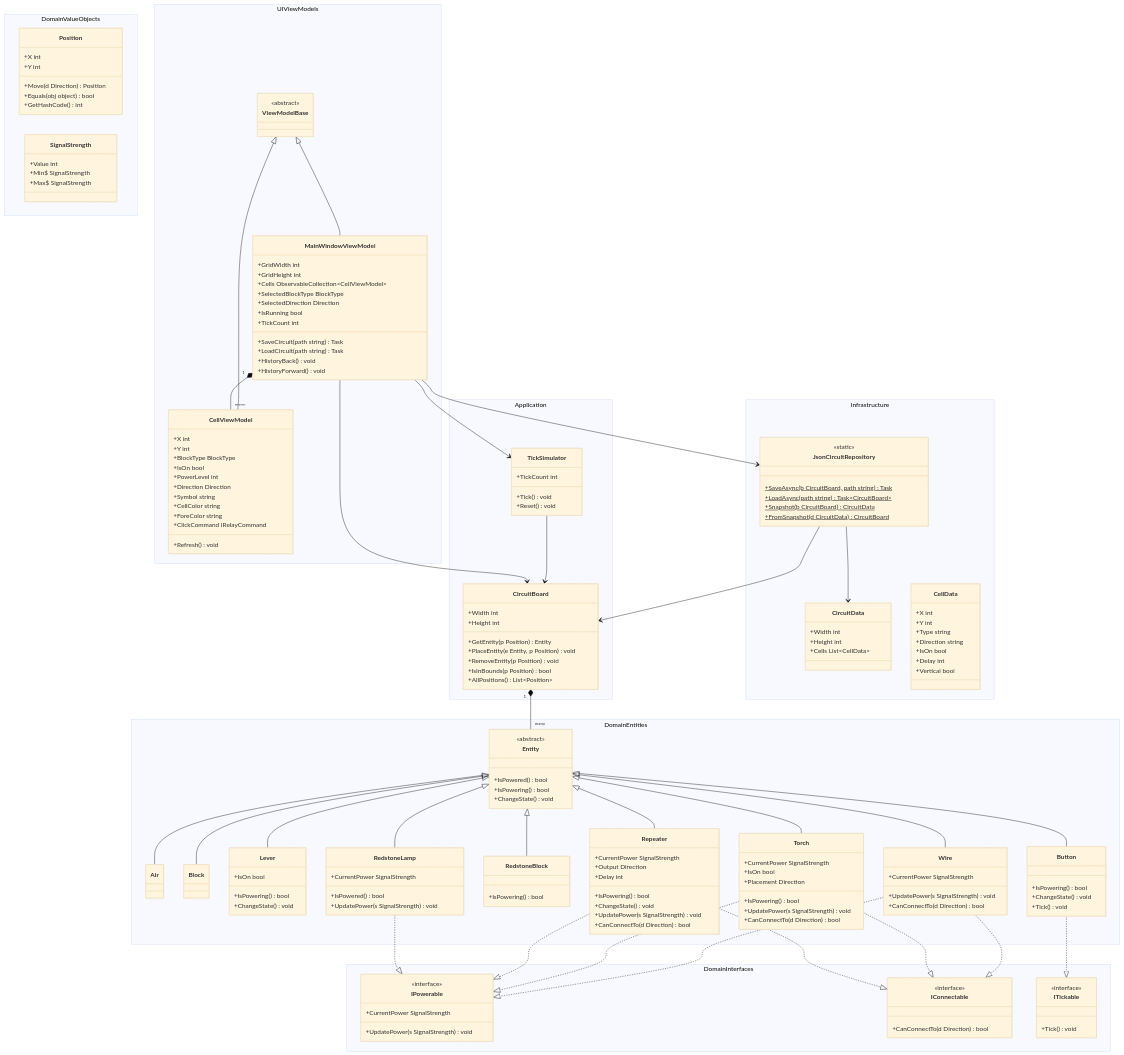
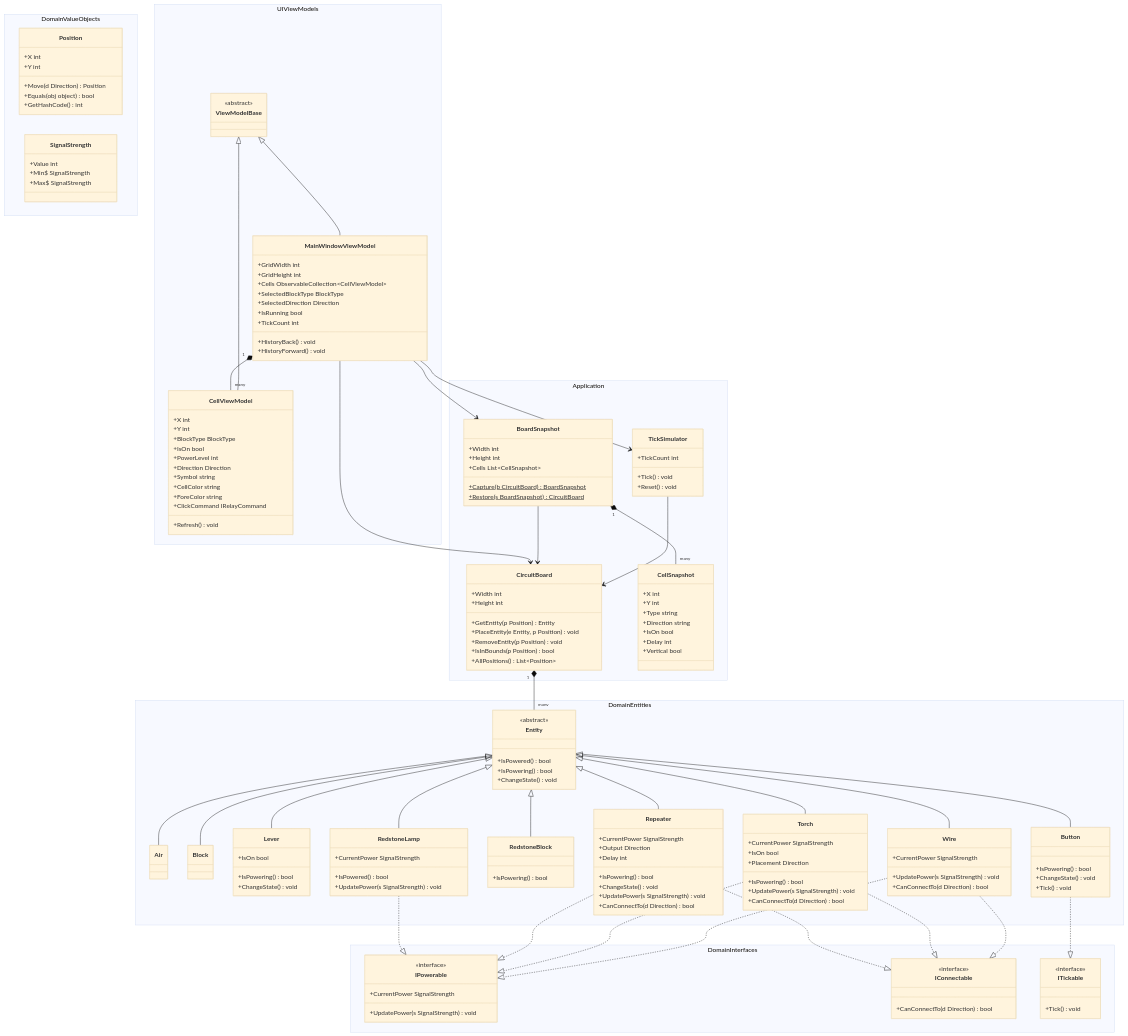
The diagram in PROJECT_CLASSES.md (Dimi15/redstone-studio), drawn with Mermaid (base theme) before and after one commit. The commit also changed 135 other files, not shown here.

````diff
--- a/PROJECT_CLASSES.md
+++ b/PROJECT_CLASSES.md
@@ -99,22 +99,14 @@
             +Tick() void
             +Reset() void
         }
-    }
-
-    namespace Infrastructure {
-        class JsonCircuitRepository {
-            <<static>>
-            +SaveAsync(b CircuitBoard, path string)$ Task
-            +LoadAsync(path string)$ Task~CircuitBoard~
-            +Snapshot(b CircuitBoard)$ CircuitData
-            +FromSnapshot(d CircuitData)$ CircuitBoard
-        }
-        class CircuitData {
+        class BoardSnapshot {
             +Width int
             +Height int
-            +Cells List~CellData~
+            +Cells List~CellSnapshot~
+            +Capture(b CircuitBoard)$ BoardSnapshot
+            +Restore(s BoardSnapshot)$ CircuitBoard
         }
-        class CellData {
+        class CellSnapshot {
             +X int
             +Y int
             +Type string
@@ -150,8 +142,6 @@
             +SelectedDirection Direction
             +IsRunning bool
             +TickCount int
-            +SaveCircuit(path string) Task
-            +LoadCircuit(path string) Task
             +HistoryBack() void
             +HistoryForward() void
         }
@@ -185,10 +175,10 @@
     %% Dipendenze architetturali
     CircuitBoard "1" *-- "many" Entity
     TickSimulator --> CircuitBoard
-    JsonCircuitRepository --> CircuitBoard
-    JsonCircuitRepository --> CircuitData
+    BoardSnapshot --> CircuitBoard
+    BoardSnapshot "1" *-- "many" CellSnapshot
     MainWindowViewModel --> CircuitBoard
     MainWindowViewModel --> TickSimulator
-    MainWindowViewModel --> JsonCircuitRepository
+    MainWindowViewModel --> BoardSnapshot
     MainWindowViewModel "1" *-- "many" CellViewModel
 ```
````
